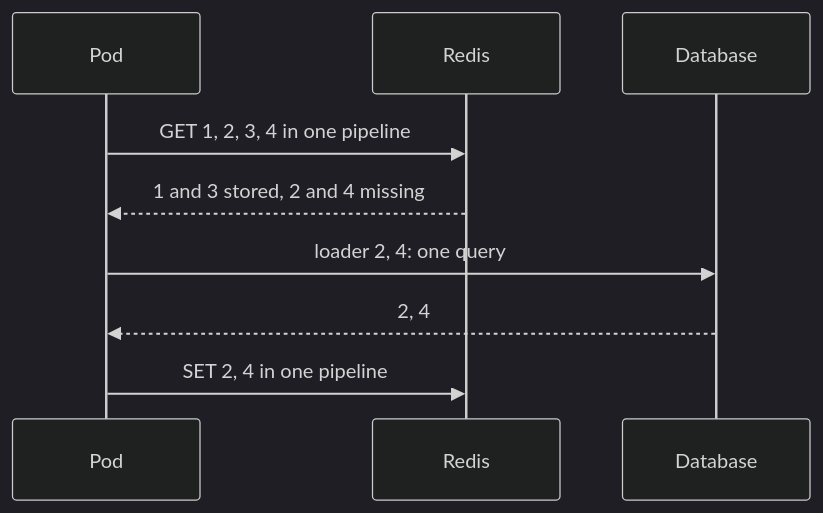
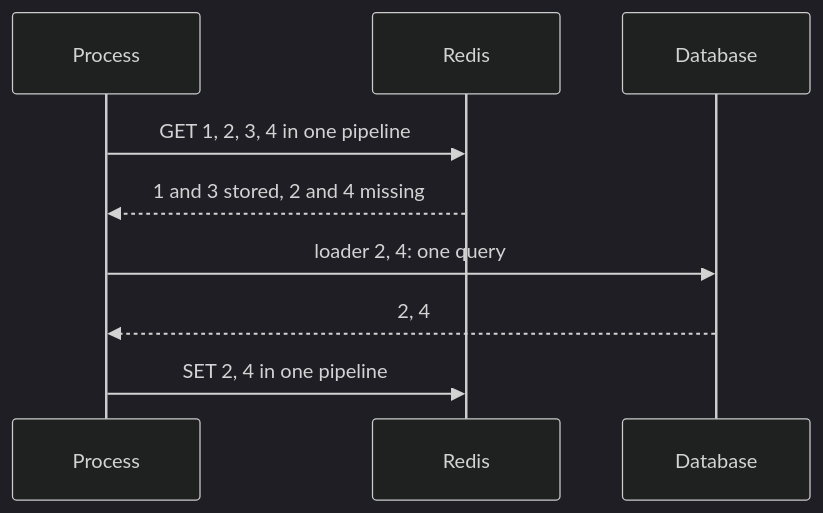
One commit to eugeneliukindev/gashe changed the diagram in docs/en/concepts/lists.md. Above: the diagram before and after it, drawn with Mermaid (dark theme). The commit also changed other lines of this file and 119 other files, not shown here.

````diff
--- a/docs/en/concepts/lists.md
+++ b/docs/en/concepts/lists.md
@@ -17,11 +19,11 @@
 ```mermaid
 sequenceDiagram
-    participant P as Pod
+    participant P as Process
     participant R as Redis
     participant DB as Database
     P->>R: GET 1, 2, 3, 4 in one pipeline
     R-->>P: 1 and 3 stored, 2 and 4 missing
     P->>DB: loader 2, 4: one query
     DB-->>P: 2, 4
     P->>R: SET 2, 4 in one pipeline
 ```
````
